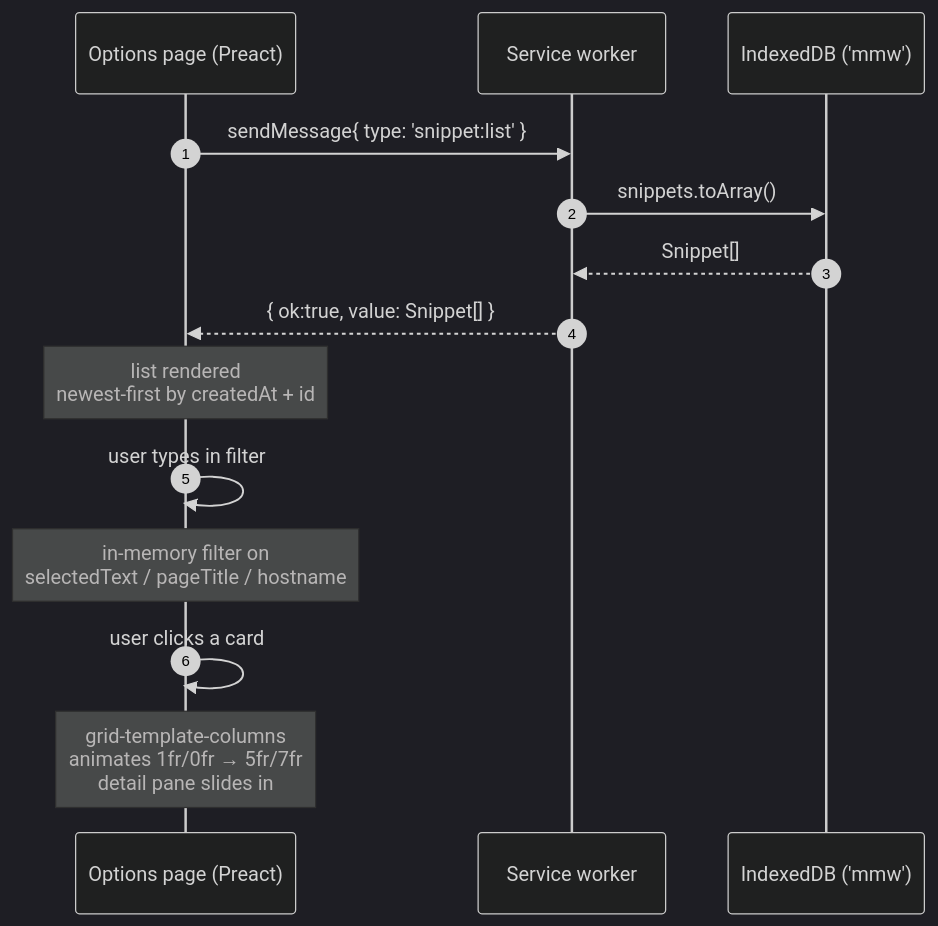
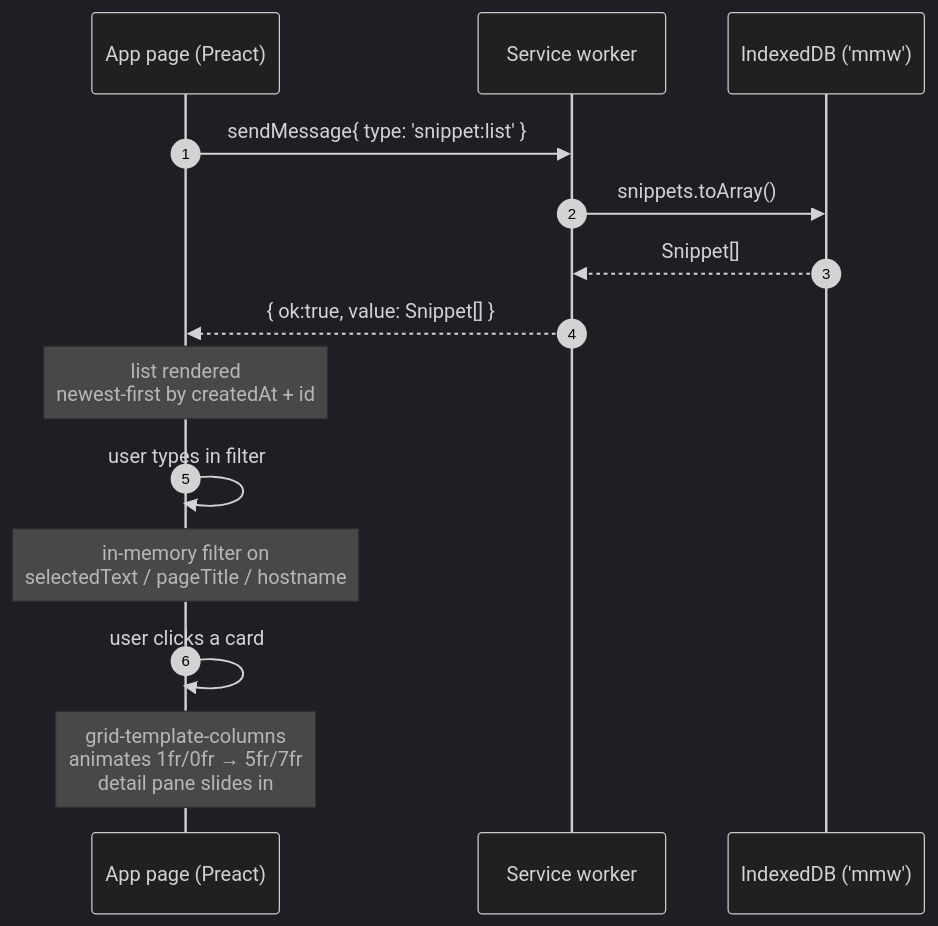
One commit to thassiov/mark-my-words changed the third of 4 diagrams in docs/architecture.md. Above: the diagram before and after it, drawn with Mermaid (dark theme). The commit also changed other lines of this file and 19 other files, not shown here.

Commit message:
Rename src/options → src/app (it hosts Library + Archived + Settings, not just options)

````diff
--- a/docs/architecture.md
+++ b/docs/architecture.md
@@ -123,19 +124,19 @@
 ```mermaid
 sequenceDiagram
   autonumber
-  participant Page as Options page (Preact)
+  participant Page as App page (Preact)
   participant SW as Service worker
   participant DB as IndexedDB ('mmw')
 
   Page->>SW: sendMessage{ type: 'snippet:list' }
   SW->>DB: snippets.toArray()
   DB-->>SW: Snippet[]
   SW-->>Page: { ok:true, value: Snippet[] }
   Note over Page: list rendered<br/>newest-first by createdAt + id
 
   Page->>Page: user types in filter
   Note over Page: in-memory filter on<br/>selectedText / pageTitle / hostname
 
   Page->>Page: user clicks a card
   Note over Page: grid-template-columns<br/>animates 1fr/0fr → 5fr/7fr<br/>detail pane slides in
 ```
````
